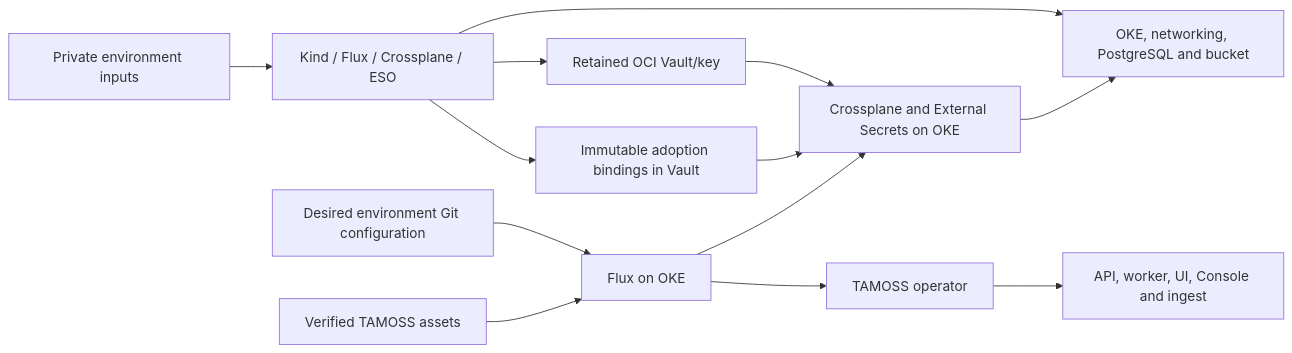
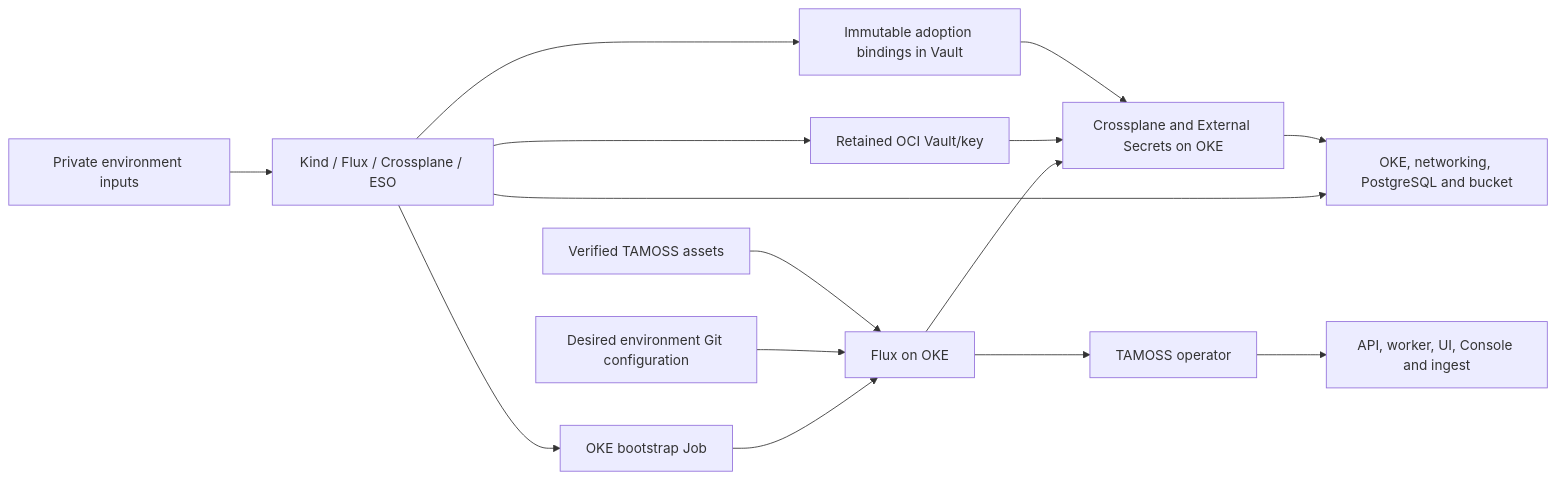
The diagram in docs/architecture.md (livewyer-ops/tamoss-cp-oci), drawn with Mermaid before and after one commit. The commit also changed other lines of this file and 31 other files, not shown here.

First line of the commit message:
feat: move OKE GitOps bootstrap into Kind

````diff
--- a/docs/architecture.md
+++ b/docs/architecture.md
@@ -34,16 +44,18 @@
 ```mermaid
 flowchart LR
     Inputs[Private environment inputs] --> Kind[Kind / Flux / Crossplane / ESO]
     Kind --> OCI[OKE, networking, PostgreSQL and bucket]
+    Kind --> Job[OKE bootstrap Job]
+    Job --> Flux
     Kind --> Vault[Retained OCI Vault/key]
     Git[Desired environment Git configuration]
     Kind --> Bindings[Immutable adoption bindings in Vault]
     Git --> Flux[Flux on OKE]
     Release[Verified TAMOSS assets] --> Flux
     Flux --> Runtime[Crossplane and External Secrets on OKE]
     Runtime --> OCI
     Vault --> Runtime
     Bindings --> Runtime
     Flux --> Operator[TAMOSS operator]
     Operator --> App[API, worker, UI, Console and ingest]
 ```
````
